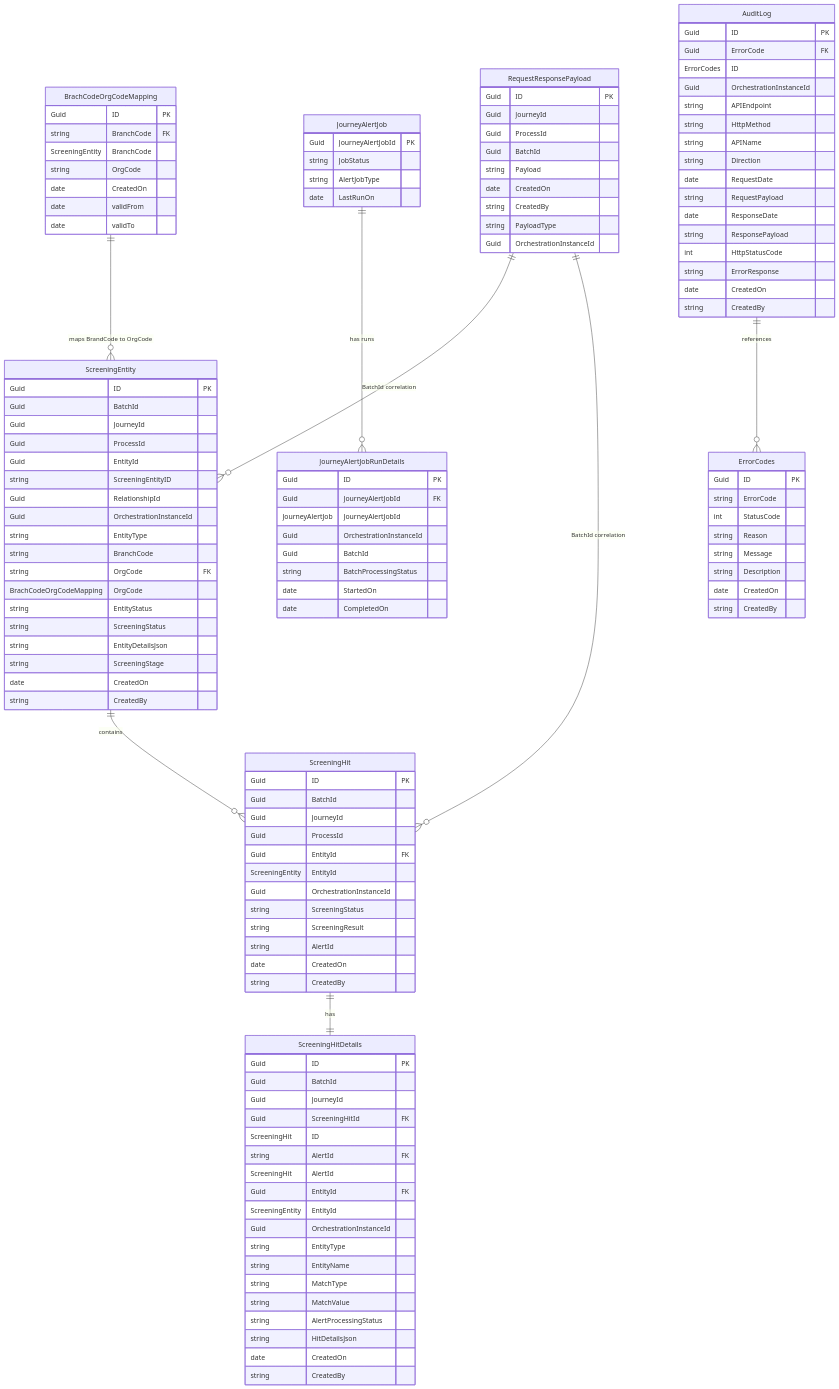
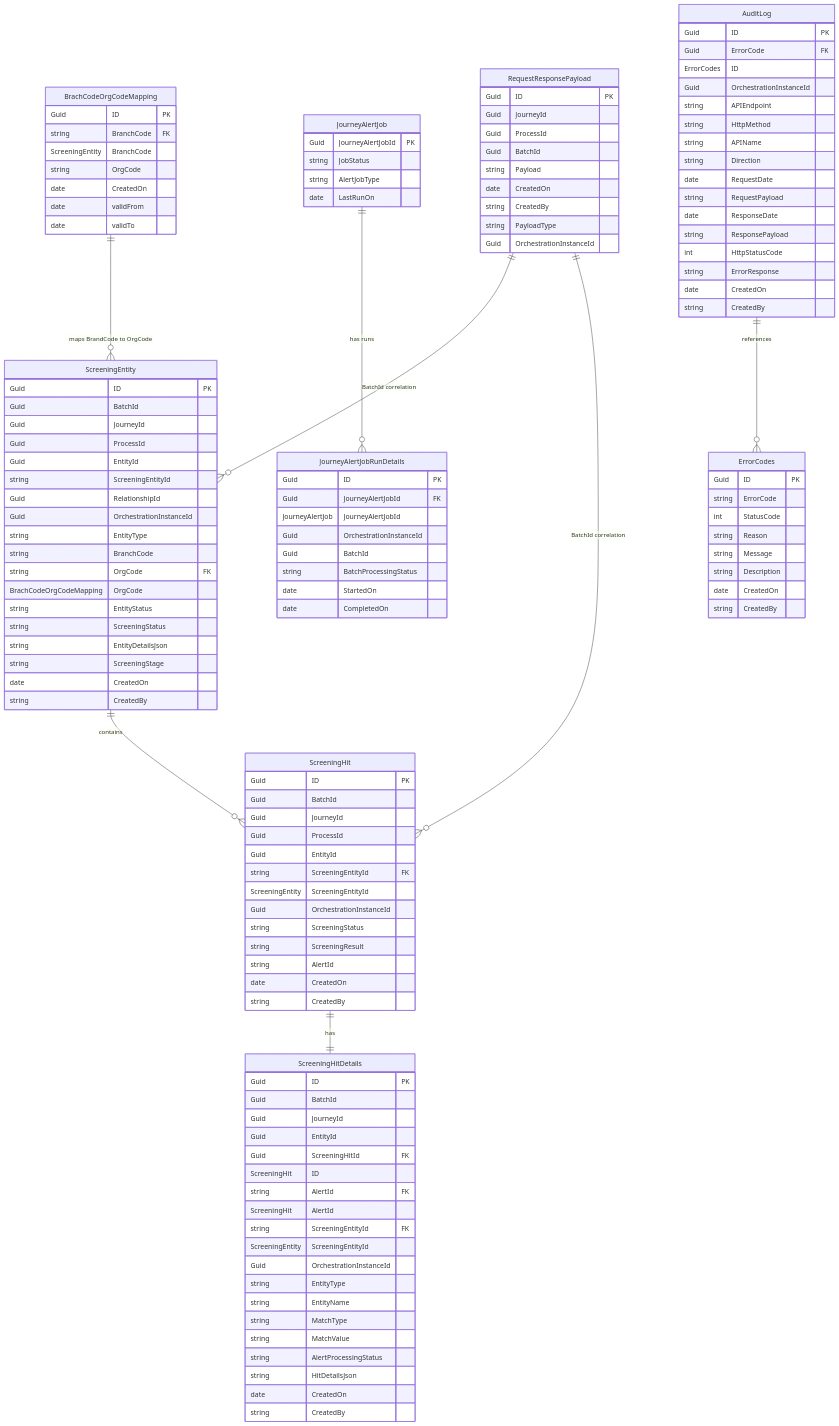
Before and after one commit to jojokoshy/Architecture_Diagrams_Python_AI: the diagram in Arch_Diagrams/v2/screenERD.mmd, drawn with Mermaid. The commit also changed 1 other file, not shown here.

Commit message:
Update reworkflow-sequence and screenERD diagrams: enhance entity processing flow, clarify branch handling, and standardize ScreeningEntityID naming for consistency

```diff
--- a/Arch_Diagrams/v2/screenERD.mmd
+++ b/Arch_Diagrams/v2/screenERD.mmd
@@ -1,159 +1,163 @@
 erDiagram
     %% FK label convention:
     %%  - Relationship labels use the format "SourceField -> TargetField" to show FK -> PK mappings.
     %%  - Example: ScreeningBatch }o--|| RequestResponsePayload : "ScreenRequestPayloadId -> ID"
     %%    means ScreeningBatch.ScreenRequestPayloadId references RequestResponsePayload.ID (FK -> PK).
     %%  - Multiplicity notation follows Mermaid ER style: || = one, }o = many/optional.
 
     RequestResponsePayload {
         Guid ID PK
         Guid JourneyId
         Guid ProcessId
         Guid BatchId
         string Payload
         date CreatedOn
         string CreatedBy
         string PayloadType
          %%% OrchestrationInstanceId is used to correlate multiple entities screened in the same orchestration instance. The instance id is from Azure Durable Functions.
         Guid OrchestrationInstanceId
         %% Notes:
         %% - JourneyId and ProcessId are intentionally duplicated in RequestResponsePayload for query convenience
         %%   (they should match the values in the parent ScreeningBatch row).
         %% - To guarantee exactly one Request and one Response per batch add a DB unique constraint:
         %%   UNIQUE(BatchId, PayloadType).
         %% - PayloadType values are expected to be 'JourneySuperGraphRequest' or 'JourneySuperGraphResponse' or EntitySuperGraphRequest or 'EntitySuperGraphResponse'
 
     }
     ScreeningEntity {
         Guid ID PK
         Guid BatchId
         Guid JourneyId
         Guid ProcessId
         Guid EntityId
         %% The ScreeningEntityID is a combination of EntityId and BranchCode to uniquely identify an entity being screened per branch. Entity_id_BranchCode, e.g., 12345_001
         %% This is to support screening the same entity to be screened multiple times for different branches in the same journey/process/batch.
-        string ScreeningEntityID
+        string ScreeningEntityId
         Guid RelationshipId
         %%% OrchestrationInstanceId is used to correlate multiple entities screened in the same orchestration instance. The instance id is from Azure Durable Functions.
         Guid OrchestrationInstanceId
         string EntityType
         %% e.g., for a person, this could be 'IND' for individual"
         string BranchCode 
         %% BranchCode will be used to Derive OrgCode from a Mapping Table
         string OrgCode FK BrachCodeOrgCodeMapping OrgCode
         string EntityStatus 
         %%% Possible Values: Screened, NoScreening. This is the returned Screening Status from NetReveal Screening API. It is used to identify if the entity was screened or not.
         %%% This value is used in ReWork flow to identify entities that were not screened in previous runs. If NoScreening then the entity will be reprocessed in ReWork flow to get the 
         %%% alerts previously generated for the entity.
         string ScreeningStatus
         string EntityDetailsJson
         string ScreeningStage
         date CreatedOn
         string CreatedBy
     }
     
     BrachCodeOrgCodeMapping {
         Guid ID PK
         string BranchCode FK ScreeningEntity BranchCode
         string OrgCode 
         date CreatedOn
         date validFrom
         date validTo
     }
 
     ScreeningHit {
         Guid ID PK
         Guid BatchId
         Guid JourneyId
         Guid ProcessId
-        Guid EntityId FK ScreeningEntity EntityId
+        Guid EntityId
+        %% The ScreeningEntityID is a combination of EntityId and BranchCode to uniquely identify an entity being screened per branch. Entity_id_BranchCode, e.g., 12345_001
+        string ScreeningEntityId FK ScreeningEntity ScreeningEntityId
          %%% OrchestrationInstanceId is used to correlate multiple entities screened in the same orchestration instance. The instance id is from Azure Durable Functions.
         Guid OrchestrationInstanceId
         %%% The Screening Flag indicates if the Entity Triggered a Screening - Yes/No from NetReveal - Screening Field.
         string ScreeningStatus
         %%% If Screening Flag is Yes then Possible Values are Hit/NoHit as returned from NetReveal - Result Field in the XML
         string ScreeningResult
         %%% The AlertId is only returned if Screening is Yes
         string AlertId
         date CreatedOn
         string CreatedBy
     }
     
 
     ScreeningHitDetails {
         Guid ID PK
         Guid BatchId
         Guid JourneyId
+        Guid EntityId
         Guid ScreeningHitId FK ScreeningHit ID
         string AlertId FK ScreeningHit AlertId
-        Guid EntityId FK ScreeningEntity EntityId
+        %%% This is the combination of EntityId and BranchCode to uniquely identify an entity being screened per branch. Entity_id_BranchCode, e.g., 12345_001
+        string ScreeningEntityId FK ScreeningEntity ScreeningEntityId
          %%% OrchestrationInstanceId is used to correlate multiple entities screened in the same orchestration instance. The instance id is from Azure Durable Functions.
         Guid OrchestrationInstanceId
         string EntityType
         string EntityName
         string MatchType
         string MatchValue
         string AlertProcessingStatus
         string HitDetailsJson
         date CreatedOn
         string CreatedBy
 
     }
     
     JourneyAlertJob {
         Guid JourneyAlertJobId PK
         string JobStatus
         %% This will store values to indicate if the alert job is using NetReveal as Alert source or the Database as Alert source ( used for proceessing open alerts)
         string AlertJobType
         date LastRunOn
         
     }
     JourneyAlertJobRunDetails {
         Guid ID PK
         Guid JourneyAlertJobId FK JourneyAlertJob JourneyAlertJobId
          %%% OrchestrationInstanceId is used to correlate multiple entities screened in the same orchestration instance. The instance id is from Azure Durable Functions.
         Guid OrchestrationInstanceId
         Guid BatchId
         string BatchProcessingStatus
         date StartedOn
         date CompletedOn
     }
 
     AuditLog {
         Guid ID PK
         Guid ErrorCode FK ErrorCodes ID
          %%% OrchestrationInstanceId is used to correlate multiple entities screened in the same orchestration instance. The instance id is from Azure Durable Functions.
         Guid OrchestrationInstanceId
         string APIEndpoint
         string HttpMethod
         string APIName
         string Direction
         date RequestDate
         string RequestPayload
         date ResponseDate
         string ResponsePayload
         int HttpStatusCode
         string ErrorResponse
         date CreatedOn
         string CreatedBy
     }
     
 
     ErrorCodes {
         Guid ID PK
         string ErrorCode
         int StatusCode
         string Reason
         string Message
         string Description
         date CreatedOn
         string CreatedBy
     }
     
 
     
     ScreeningEntity ||--o{ ScreeningHit : contains
     ScreeningHit ||--|| ScreeningHitDetails : has
     AuditLog ||--o{ ErrorCodes : references    JourneyAlertJob ||--o{ JourneyAlertJobRunDetails : "has runs"
     BrachCodeOrgCodeMapping ||--o{ ScreeningEntity : "maps BrandCode to OrgCode"RequestResponsePayload ||--o{ ScreeningEntity : "BatchId correlation"
 RequestResponsePayload ||--o{ ScreeningHit : "BatchId correlation"
```
